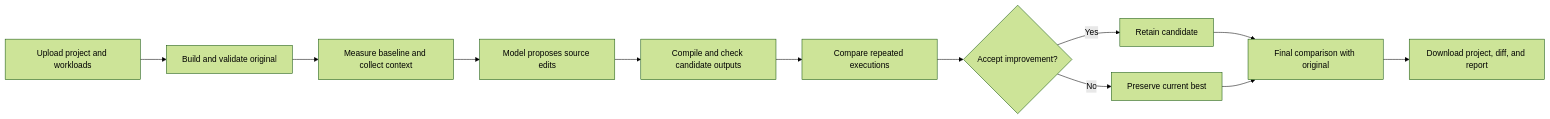
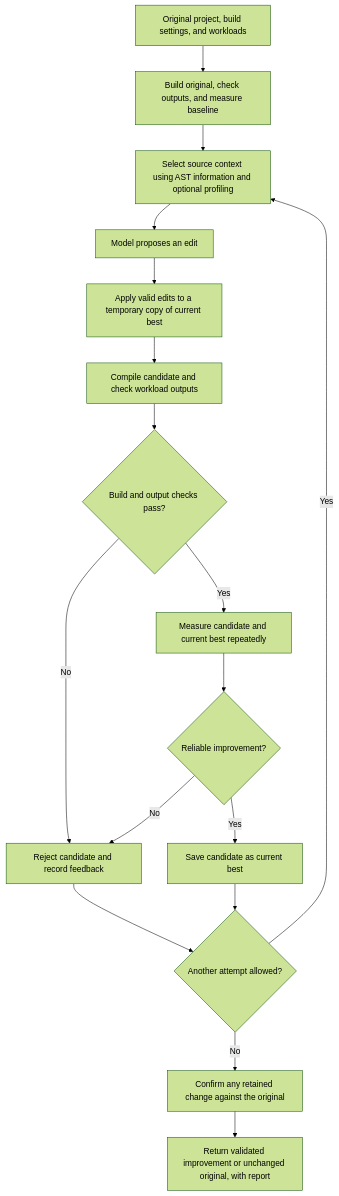
Before and after one commit to atshah29/Cpp-optimize-assistant: the first of 2 diagrams in README.md, drawn with Mermaid (forest theme). The commit also changed other lines of this file, not shown here.

Commit message:
Explain architecture and Docker lifecycle in README

````diff
--- a/README.md
+++ b/README.md
@@ -23,14 +25,19 @@
 ```mermaid
-flowchart LR
-    A[Upload project and workloads] --> B[Build and validate original]
-    B --> C[Measure baseline and collect context]
-    C --> D[Model proposes source edits]
-    D --> E[Compile and check candidate outputs]
-    E --> F[Compare repeated executions]
-    F --> G{Accept improvement?}
-    G -->|Yes| H[Retain candidate]
-    G -->|No| I[Preserve current best]
-    H --> J[Final comparison with original]
-    I --> J
-    J --> K[Download project, diff, and report]
+flowchart TD
+    A[Original project, build settings, and workloads] --> B[Build original, check outputs, and measure baseline]
+    B --> C[Select source context using AST information and optional profiling]
+    C --> D[Model proposes an edit]
+    D --> E[Apply valid edits to a temporary copy of current best]
+    E --> F[Compile candidate and check workload outputs]
+    F --> G{Build and output checks pass?}
+    G -->|No| R[Reject candidate and record feedback]
+    G -->|Yes| H[Measure candidate and current best repeatedly]
+    H --> I{Reliable improvement?}
+    I -->|No| R
+    I -->|Yes| J[Save candidate as current best]
+    R --> K{Another attempt allowed?}
+    J --> K
+    K -->|Yes| C
+    K -->|No| L[Confirm any retained change against the original]
+    L --> M[Return validated improvement or unchanged original, with report]
 ```
````
